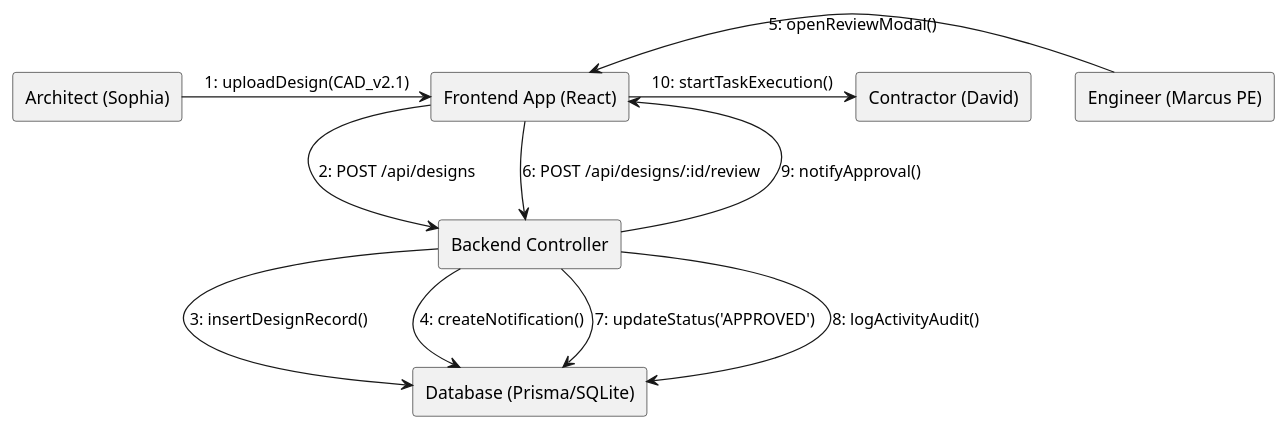
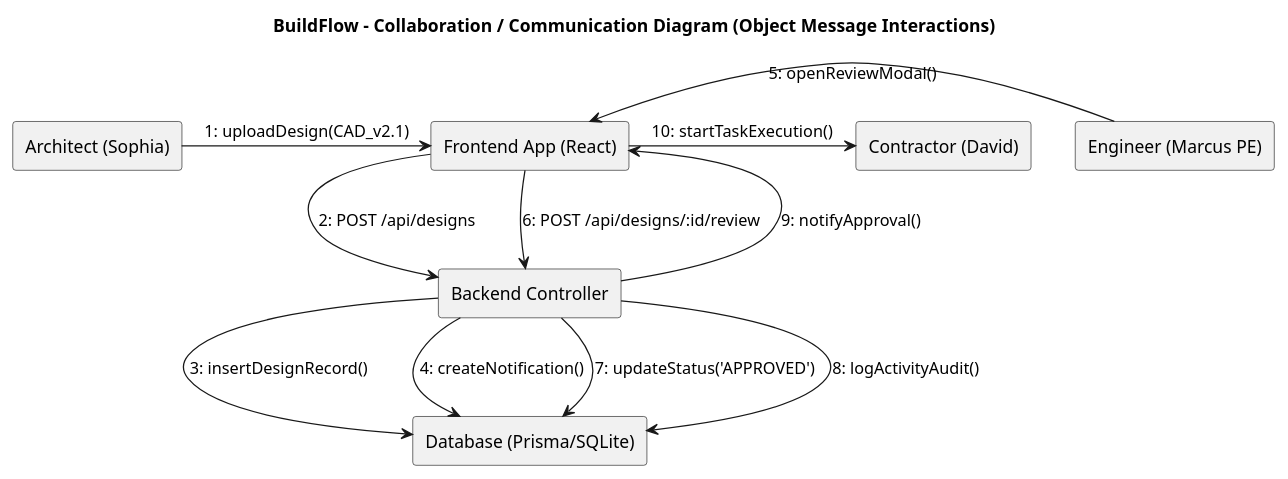
One commit to Shaunakrane914/BuildFlow changed the diagram in docs/uml/collaboration_diagram.puml. Above: the diagram before and after it, drawn with PlantUML. The commit also changed 8 other files, not shown here.

Commit message:
style(uml): add explicit title headings to all 9 PlantUML diagram files

```diff
--- a/docs/uml/collaboration_diagram.puml
+++ b/docs/uml/collaboration_diagram.puml
@@ -1,24 +1,25 @@
 @startuml BuildFlow_Collaboration_Diagram
+title BuildFlow - Collaboration / Communication Diagram (Object Message Interactions)
 skinparam monochrome false
 skinparam shadowing false
 
 rectangle "Architect (Sophia)" as Arch
 rectangle "Frontend App (React)" as UI
 rectangle "Backend Controller" as Backend
 rectangle "Database (Prisma/SQLite)" as DB
 rectangle "Engineer (Marcus PE)" as Eng
 rectangle "Contractor (David)" as Cont
 
 Arch -right-> UI : 1: uploadDesign(CAD_v2.1)
 UI -right-> Backend : 2: POST /api/designs
 Backend -down-> DB : 3: insertDesignRecord()
 Backend -down-> DB : 4: createNotification()
 
 Eng -left-> UI : 5: openReviewModal()
 UI -down-> Backend : 6: POST /api/designs/:id/review
 Backend -down-> DB : 7: updateStatus('APPROVED')
 Backend -down-> DB : 8: logActivityAudit()
 
 Backend -right-> UI : 9: notifyApproval()
 UI -right-> Cont : 10: startTaskExecution()
 @enduml
```
